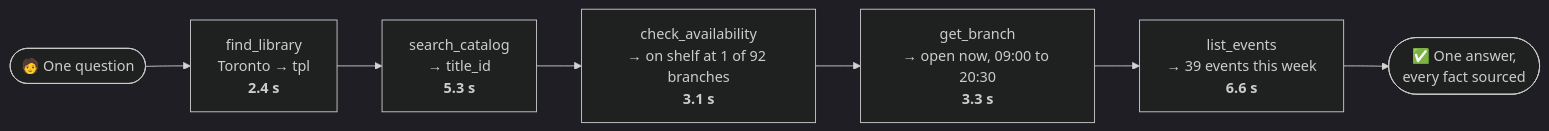
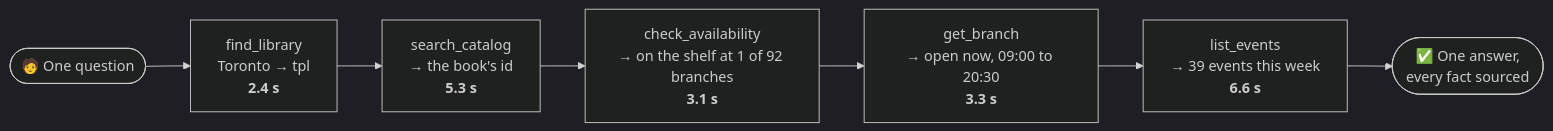
Before and after one commit to VivekSalwan2000/stacks-mcp: the first of 6 diagrams in README.md, drawn with Mermaid (dark theme). The commit also changed other lines of this file and 4 other files, not shown here.

````diff
--- a/README.md
+++ b/README.md
@@ -72,9 +77,9 @@
 ```mermaid
 flowchart LR
   Q(["🧑 One question"]) --> A["find_library<br/>Toronto → tpl<br/><b>2.4 s</b>"]
-  A --> B["search_catalog<br/>→ title_id<br/><b>5.3 s</b>"]
-  B --> C["check_availability<br/>→ on shelf at 1 of 92 branches<br/><b>3.1 s</b>"]
+  A --> B["search_catalog<br/>→ the book's id<br/><b>5.3 s</b>"]
+  B --> C["check_availability<br/>→ on the shelf at 1 of 92 branches<br/><b>3.1 s</b>"]
   C --> D["get_branch<br/>→ open now, 09:00 to 20:30<br/><b>3.3 s</b>"]
   D --> E["list_events<br/>→ 39 events this week<br/><b>6.6 s</b>"]
   E --> R(["✅ One answer,<br/>every fact sourced"])
 ```
````
